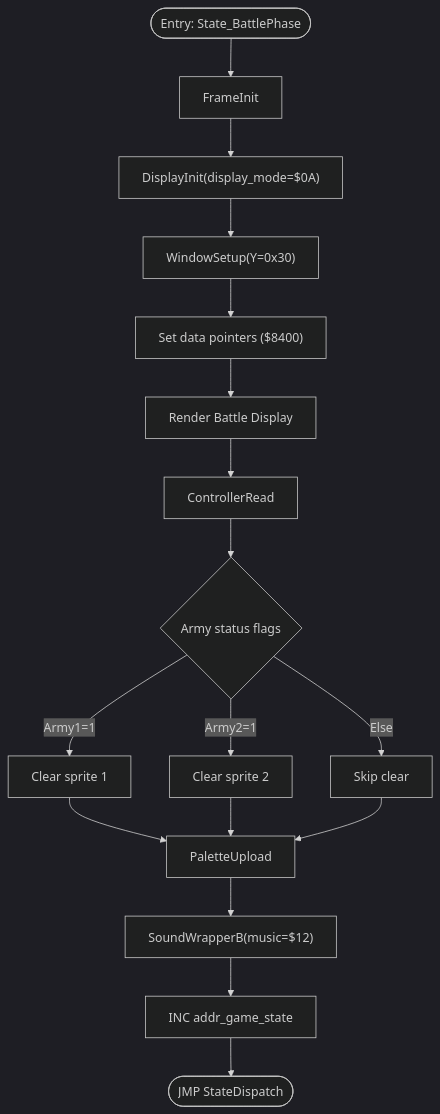
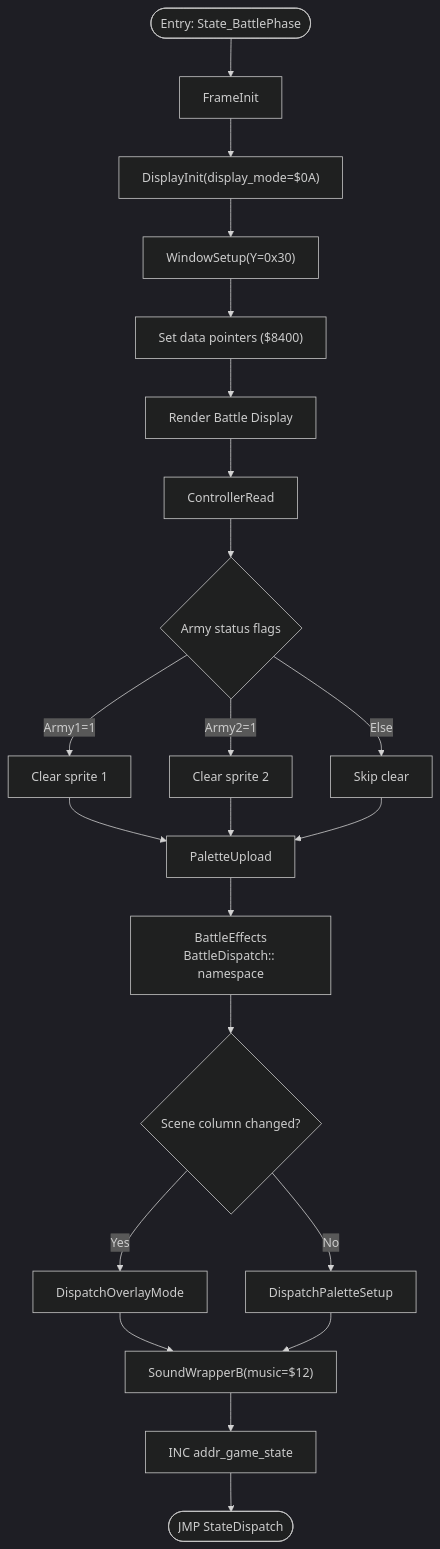
Before and after one commit to rabbyzero/sango2dasm: the fifth of 8 diagrams in .qoder/repowiki/en/content/Game State Management/State Machine Architecture/State Procedures/Display and Interaction States.md, drawn with Mermaid (dark theme). The commit also changed other lines of this file and 35 other files, not shown here.

````diff
--- a/.qoder/repowiki/en/content/Game State Management/State Machine Architecture/State Procedures/Display and Interaction States.md
+++ b/.qoder/repowiki/en/content/Game State Management/State Machine Architecture/State Procedures/Display and Interaction States.md
@@ -248,19 +257,24 @@
 ```mermaid
 flowchart TD
 Start(["Entry: State_BattlePhase"]) --> Init["FrameInit"]
 Init --> Setup["DisplayInit(display_mode=$0A)"]
 Setup --> Window["WindowSetup(Y=0x30)"]
 Window --> Data["Set data pointers ($8400)"]
 Data --> Render["Render Battle Display"]
 Render --> Input["ControllerRead"]
 Input --> Flags{"Army status flags"}
 Flags --> |Army1=1| Clear1["Clear sprite 1"]
 Flags --> |Army2=1| Clear2["Clear sprite 2"]
 Flags --> |Else| Skip["Skip clear"]
 Clear1 --> Palette["PaletteUpload"]
 Clear2 --> Palette
 Skip --> Palette
-Palette --> Music["SoundWrapperB(music=$12)"]
+Palette --> BattleEffects["BattleEffects<br/>BattleDispatch:: namespace"]
+BattleEffects --> OverlayCheck{"Scene column changed?"}
+OverlayCheck --> |Yes| OverlayReload["DispatchOverlayMode"]
+OverlayCheck --> |No| PaletteUpdate["DispatchPaletteSetup"]
+OverlayReload --> Music["SoundWrapperB(music=$12)"]
+PaletteUpdate --> Music
 Music --> IncState["INC addr_game_state"]
 IncState --> End(["JMP StateDispatch"])
 ```
````
